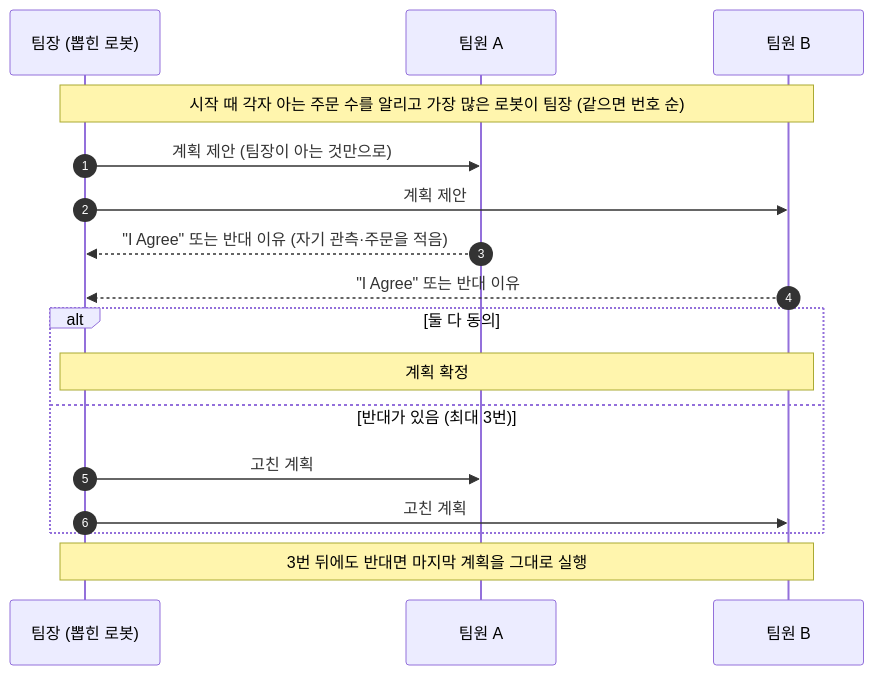
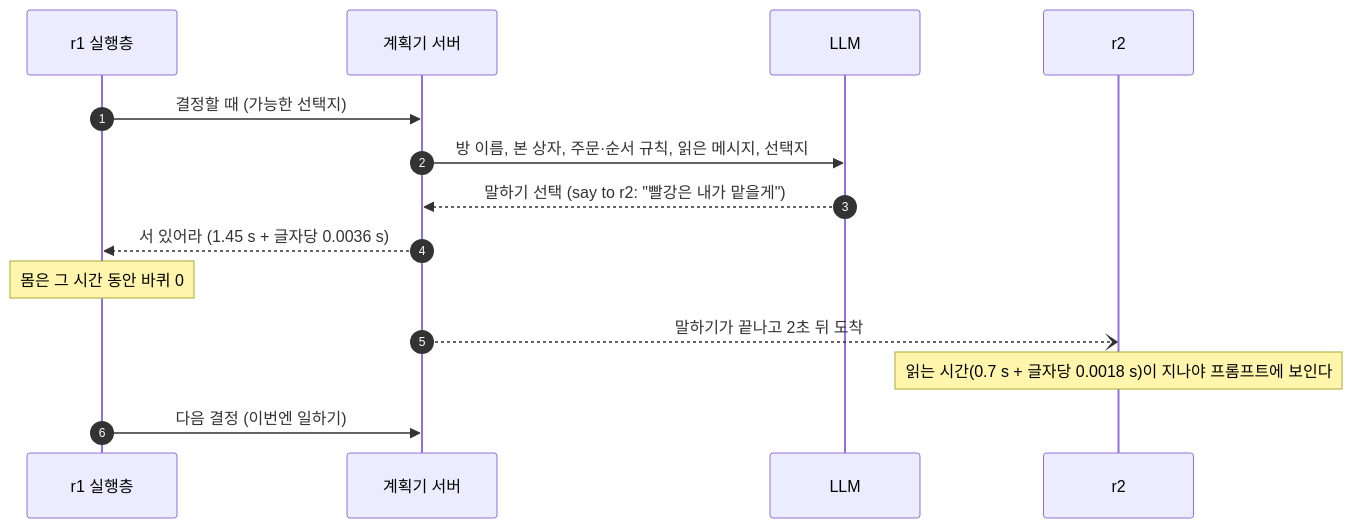
The third of 5 diagrams in docs/architecture.md (cmkang131/UGRP-Multi-Robot-Collaboration-Project), drawn with Mermaid before and after one commit. The commit also changed other lines of this file and 4 other files, not shown here.

````diff
--- a/docs/architecture.md
+++ b/docs/architecture.md
@@ -59,19 +113,16 @@
 ```mermaid
 sequenceDiagram
     autonumber
-    participant L as 팀장 (뽑힌 로봇)
-    participant A as 팀원 A
-    participant B as 팀원 B
-    Note over L,B: 시작 때 각자 아는 주문 수를 알리고 가장 많은 로봇이 팀장 (같으면 번호 순)
-    L->>A: 계획 제안 (팀장이 아는 것만으로)
-    L->>B: 계획 제안
-    A-->>L: "I Agree" 또는 반대 이유 (자기 관측·주문을 적음)
-    B-->>L: "I Agree" 또는 반대 이유
-    alt 둘 다 동의
-        Note over L,B: 계획 확정
-    else 반대가 있음 (최대 3번)
-        L->>A: 고친 계획
-        L->>B: 고친 계획
-    end
-    Note over L,B: 3번 뒤에도 반대면 마지막 계획을 그대로 실행
+    participant X as r1 실행층
+    participant P as 계획기 서버
+    participant L as LLM
+    participant Y as r2
+    X->>P: 결정할 때 (가능한 선택지)
+    P->>L: 방 이름, 본 상자, 주문·순서 규칙, 읽은 메시지, 선택지
+    L-->>P: 말하기 선택 (say to r2: "빨강은 내가 맡을게")
+    P-->>X: 서 있어라 (1.45 s + 글자당 0.0036 s)
+    Note over X: 몸은 그 시간 동안 바퀴 0
+    P--)Y: 말하기가 끝나고 2초 뒤 도착
+    Note over Y: 읽는 시간(0.7 s + 글자당 0.0018 s)이 지나야 프롬프트에 보인다
+    X->>P: 다음 결정 (이번엔 일하기)
 ```
````
